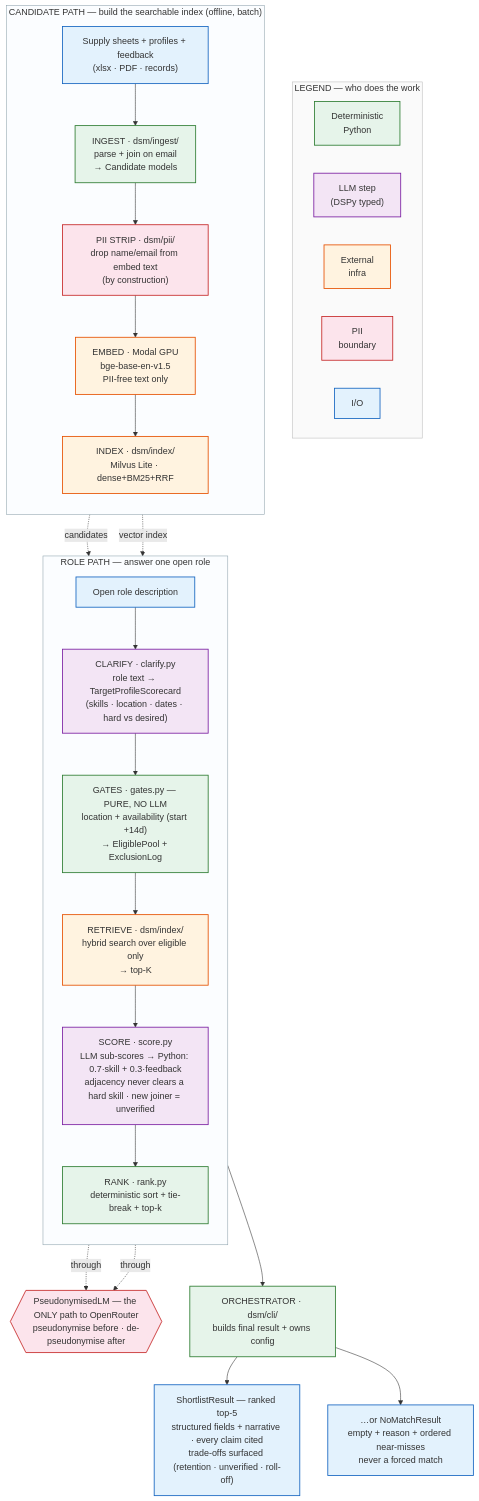
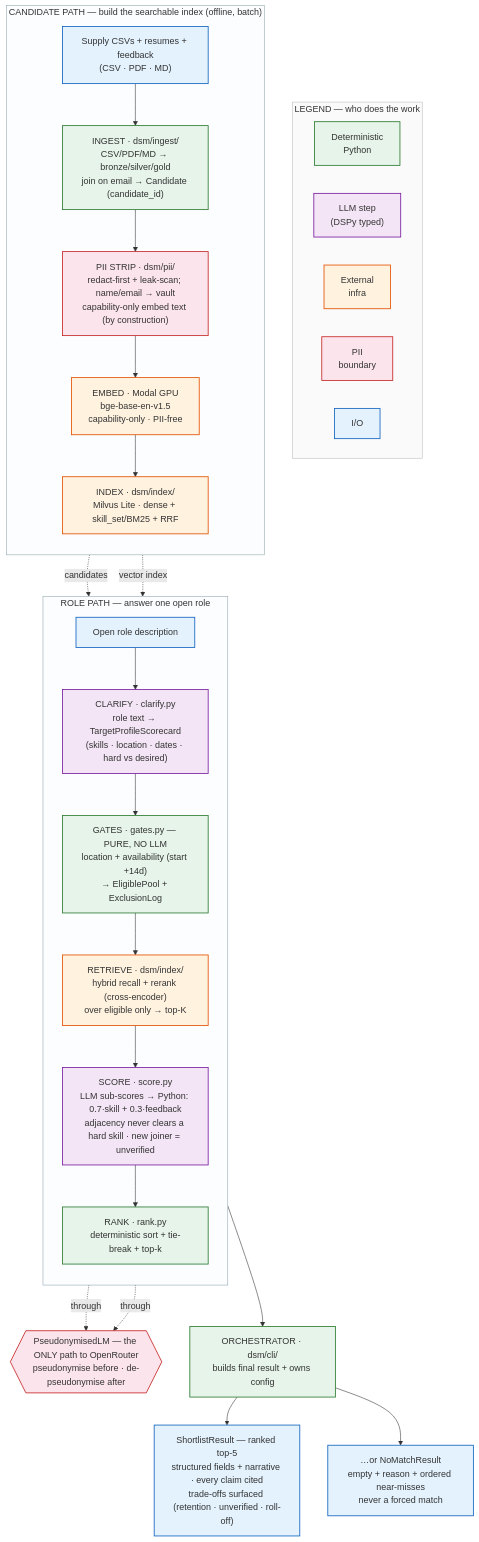
One commit to shreyabaid007/staffer changed the second of 2 diagrams in README.md. Above: the diagram before and after it, drawn with Mermaid. The commit also changed 4 other files, not shown here.

Commit message:
docs: align steering docs with ingestion architecture

````diff
--- a/README.md
+++ b/README.md
@@ -136,60 +136,60 @@
 ```mermaid
 
 flowchart TB
     %% ===== LEGEND =====
     subgraph LEGEND["LEGEND — who does the work"]
         direction LR
         L1["Deterministic<br/>Python"]:::pure
         L2["LLM step<br/>(DSPy typed)"]:::llm
         L3["External<br/>infra"]:::infra
         L4["PII<br/>boundary"]:::pii
         L5["I/O"]:::io
     end
 
     %% ===== CANDIDATE INDEXING PATH =====
     subgraph CAND["CANDIDATE PATH — build the searchable index (offline, batch)"]
         direction TB
-        XLSX["Supply sheets + profiles + feedback<br/>(xlsx · PDF · records)"]:::io
-        INGEST["INGEST · dsm/ingest/<br/>parse + join on email<br/>→ Candidate models"]:::pure
-        STRIP["PII STRIP · dsm/pii/<br/>drop name/email from embed text<br/>(by construction)"]:::pii
-        EMBED["EMBED · Modal GPU<br/>bge-base-en-v1.5<br/>PII-free text only"]:::infra
-        INDEX["INDEX · dsm/index/<br/>Milvus Lite · dense+BM25+RRF"]:::infra
-        XLSX --> INGEST --> STRIP --> EMBED --> INDEX
+        SRC["Supply CSVs + resumes + feedback<br/>(CSV · PDF · MD)"]:::io
+        INGEST["INGEST · dsm/ingest/<br/>CSV/PDF/MD → bronze/silver/gold<br/>join on email → Candidate (candidate_id)"]:::pure
+        STRIP["PII STRIP · dsm/pii/<br/>redact-first + leak-scan; name/email → vault<br/>capability-only embed text (by construction)"]:::pii
+        EMBED["EMBED · Modal GPU<br/>bge-base-en-v1.5<br/>capability-only · PII-free"]:::infra
+        INDEX["INDEX · dsm/index/<br/>Milvus Lite · dense + skill_set/BM25 + RRF"]:::infra
+        SRC --> INGEST --> STRIP --> EMBED --> INDEX
     end
 
     %% ===== ROLE QUERY PATH =====
     subgraph QUERY["ROLE PATH — answer one open role"]
         direction TB
         ROLE["Open role description"]:::io
         CLARIFY["CLARIFY · clarify.py<br/>role text → TargetProfileScorecard<br/>(skills · location · dates · hard vs desired)"]:::llm
         GATES["GATES · gates.py — PURE, NO LLM<br/>location + availability (start +14d)<br/>→ EligiblePool + ExclusionLog"]:::pure
-        RETRIEVE["RETRIEVE · dsm/index/<br/>hybrid search over eligible only<br/>→ top-K"]:::infra
+        RETRIEVE["RETRIEVE · dsm/index/<br/>hybrid recall + rerank (cross-encoder)<br/>over eligible only → top-K"]:::infra
         SCORE["SCORE · score.py<br/>LLM sub-scores → Python: 0.7·skill + 0.3·feedback<br/>adjacency never clears a hard skill · new joiner = unverified"]:::llm
         RANK["RANK · rank.py<br/>deterministic sort + tie-break + top-k"]:::pure
         ROLE --> CLARIFY --> GATES --> RETRIEVE --> SCORE --> RANK
     end
 
     %% ===== CONVERGENCE =====
     INGEST -. "candidates" .-> GATES
     INDEX -. "vector index" .-> RETRIEVE
 
     %% ===== PII WALL =====
     PIIW{{"PseudonymisedLM — the ONLY path to OpenRouter<br/>pseudonymise before · de-pseudonymise after"}}:::pii
     CLARIFY -.->|through| PIIW
     SCORE -.->|through| PIIW
 
     %% ===== OUTPUT =====
     RANK --> ORCH["ORCHESTRATOR · dsm/cli/<br/>builds final result + owns config"]:::pure
     ORCH --> OUT["ShortlistResult — ranked top-5<br/>structured fields + narrative · every claim cited<br/>trade-offs surfaced (retention · unverified · roll-off)"]:::io
     ORCH --> NOM["…or NoMatchResult<br/>empty + reason + ordered near-misses<br/>never a forced match"]:::io
 
     classDef pure fill:#e6f4ea,stroke:#2E7D32,stroke-width:1.5px;
     classDef llm fill:#f3e5f5,stroke:#7B1FA2,stroke-width:1.5px;
     classDef infra fill:#fff3e0,stroke:#E65100,stroke-width:1.5px;
     classDef pii fill:#fce4ec,stroke:#c62828,stroke-width:1.5px;
     classDef io fill:#e3f2fd,stroke:#1565C0,stroke-width:1.5px;
     style LEGEND fill:#fafafa,stroke:#bdbdbd
     style CAND fill:#fbfdff,stroke:#90a4ae
     style QUERY fill:#fbfdff,stroke:#90a4ae
 
 ```
````
